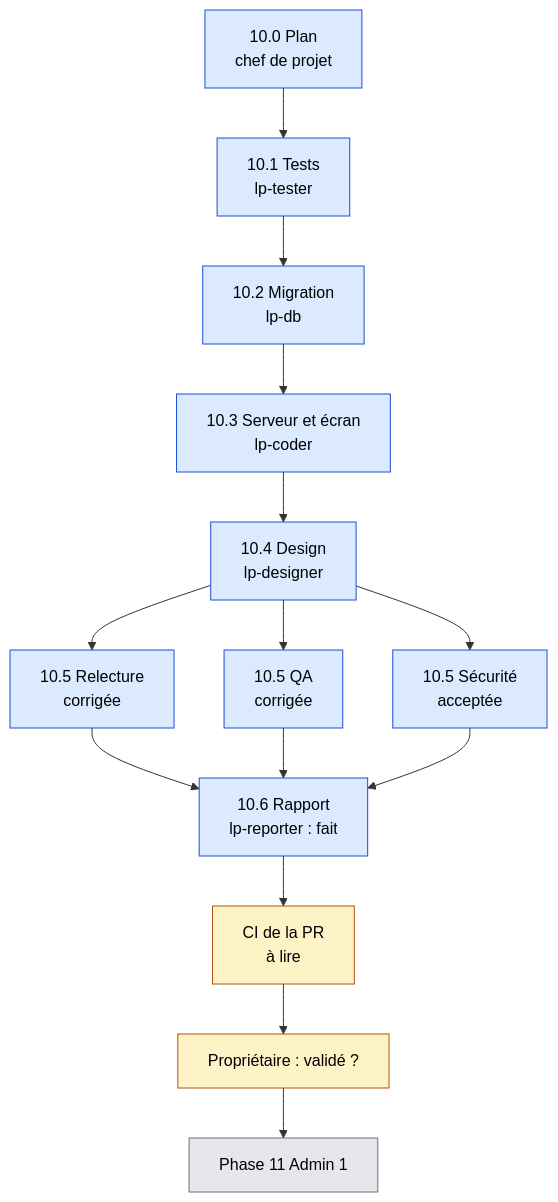
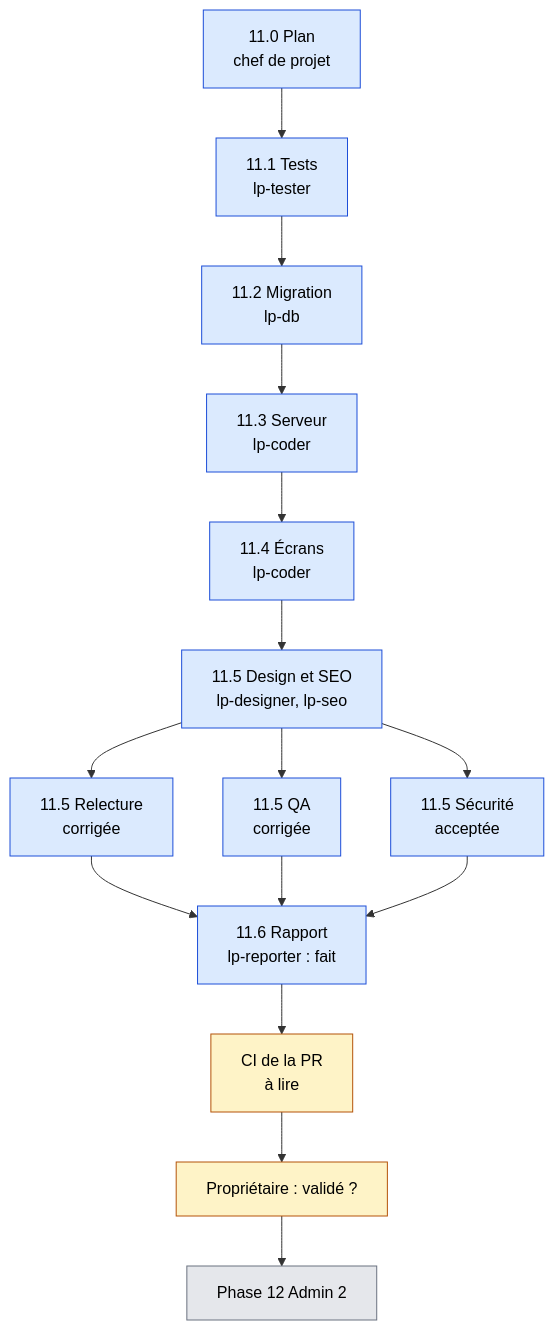
Before and after one commit to lyon32/lyonpanel: the fourth of 5 diagrams in docs/reports/TABLEAU-DE-BORD.md, drawn with Mermaid. The commit also changed other lines of this file and 6 other files, not shown here.

Commit message:
docs(phase-11): rapports, bilan, CHANGELOG, ROADMAP et tableau de bord

````diff
--- a/docs/reports/TABLEAU-DE-BORD.md
+++ b/docs/reports/TABLEAU-DE-BORD.md
@@ -89,22 +91,23 @@
 ```mermaid
 flowchart TD
-  T0["10.0 Plan<br/>chef de projet"] --> T1["10.1 Tests<br/>lp-tester"]
-  T1 --> T2["10.2 Migration<br/>lp-db"]
-  T2 --> T3["10.3 Serveur et écran<br/>lp-coder"]
-  T3 --> T4["10.4 Design<br/>lp-designer"]
-  T4 --> R["10.5 Relecture<br/>corrigée"]
-  T4 --> Q["10.5 QA<br/>corrigée"]
-  T4 --> S["10.5 Sécurité<br/>acceptée"]
-  R --> RP["10.6 Rapport<br/>lp-reporter : fait"]
+  T0["11.0 Plan<br/>chef de projet"] --> T1["11.1 Tests<br/>lp-tester"]
+  T1 --> T2["11.2 Migration<br/>lp-db"]
+  T2 --> T3["11.3 Serveur<br/>lp-coder"]
+  T3 --> T4["11.4 Écrans<br/>lp-coder"]
+  T4 --> T5["11.5 Design et SEO<br/>lp-designer, lp-seo"]
+  T5 --> R["11.5 Relecture<br/>corrigée"]
+  T5 --> Q["11.5 QA<br/>corrigée"]
+  T5 --> S["11.5 Sécurité<br/>acceptée"]
+  R --> RP["11.6 Rapport<br/>lp-reporter : fait"]
   Q --> RP
   S --> RP
   RP --> CI["CI de la PR<br/>à lire"]
   CI --> OWN["Propriétaire : validé ?"]
-  OWN --> NEXT["Phase 11 Admin 1"]
+  OWN --> NEXT["Phase 12 Admin 2"]
   classDef fait fill:#DBEAFE,stroke:#1D4ED8,color:#000
   classDef attente fill:#FEF3C7,stroke:#B45309,color:#000
   classDef afaire fill:#E5E7EB,stroke:#6B7280,color:#000
-  class T0,T1,T2,T3,T4,R,Q,S,RP fait
+  class T0,T1,T2,T3,T4,T5,R,Q,S,RP fait
   class CI,OWN attente
   class NEXT afaire
 ```
````
